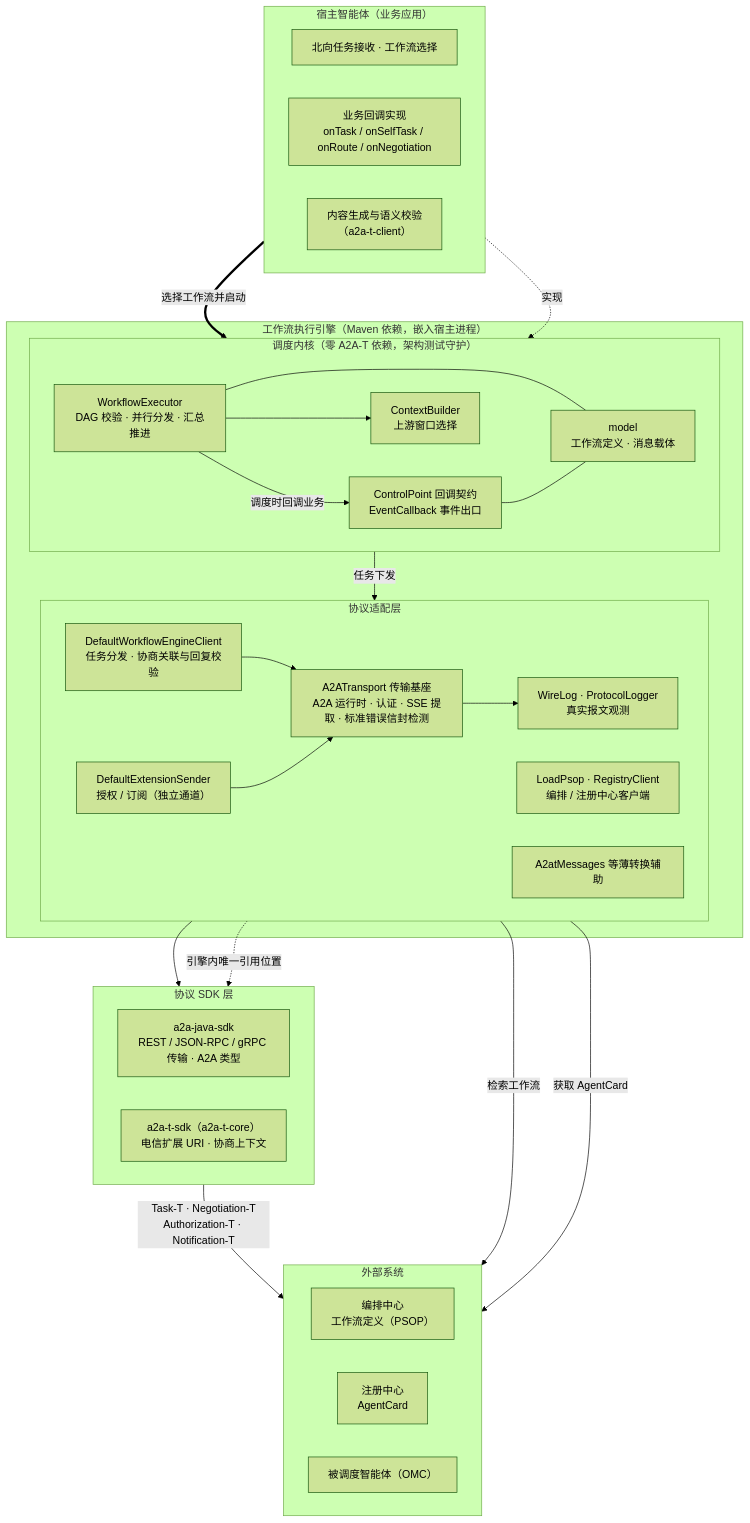
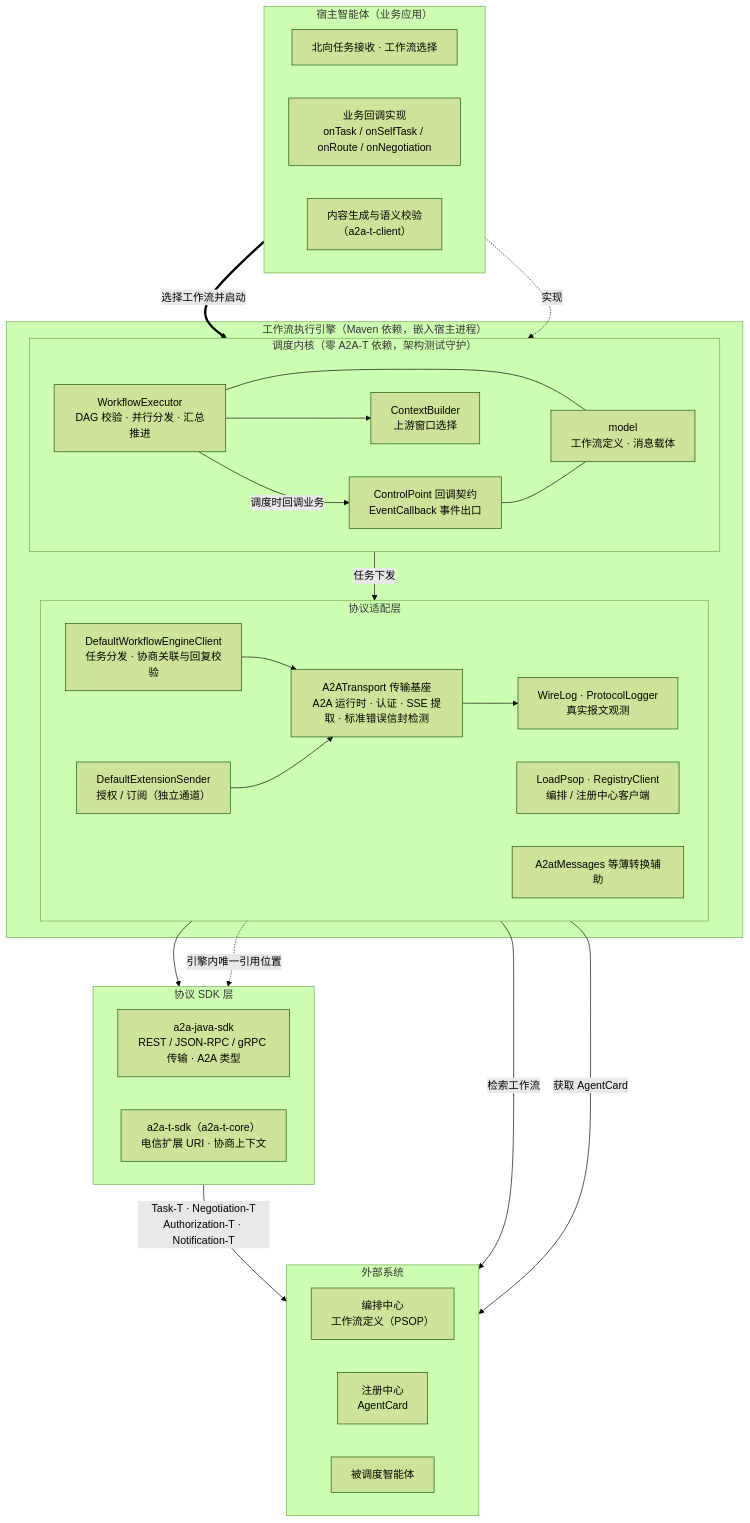
The third of 5 diagrams in docs/zh/DESIGN.md (Zhoujie628/workflow-engine-sdk-java), drawn with Mermaid (forest theme) before and after one commit. The commit also changed other lines of this file and 8 other files, not shown here.

````diff
--- a/docs/zh/DESIGN.md
+++ b/docs/zh/DESIGN.md
@@ -120,57 +120,57 @@
 ```mermaid
 flowchart TB
     subgraph HOST["宿主智能体（业务应用）"]
         direction LR
         WB["北向任务接收 · 工作流选择"]
         BIZ["业务回调实现<br/>onTask / onSelfTask / onRoute / onNegotiation"]
         GEN["内容生成与语义校验<br/>（a2a-t-client）"]
     end
 
     subgraph ENGINE["工作流执行引擎（Maven 依赖，嵌入宿主进程）"]
         subgraph KERNEL["调度内核（零 A2A-T 依赖，架构测试守护）"]
             direction LR
             EXE["WorkflowExecutor<br/>DAG 校验 · 并行分发 · 汇总推进"]
             CTXB["ContextBuilder<br/>上游窗口选择"]
             CP["ControlPoint 回调契约<br/>EventCallback 事件出口"]
             MODEL["model<br/>工作流定义 · 消息载体"]
         end
         subgraph ADAPTER["协议适配层"]
             direction LR
             WEC["DefaultWorkflowEngineClient<br/>任务分发 · 协商关联与回复校验"]
             EXT["DefaultExtensionSender<br/>授权 / 订阅（独立通道）"]
             TRANS["A2ATransport 传输基座<br/>A2A 运行时 · 认证 · SSE 提取 · 标准错误信封检测"]
             OBSV["WireLog · ProtocolLogger<br/>真实报文观测"]
             REGC["LoadPsop · RegistryClient<br/>编排 / 注册中心客户端"]
             MSG["A2atMessages 等薄转换辅助"]
         end
     end
 
     subgraph SDK["协议 SDK 层"]
         direction LR
         A2AJ["a2a-java-sdk<br/>REST / JSON-RPC / gRPC 传输 · A2A 类型"]
         A2ATC["a2a-t-sdk（a2a-t-core）<br/>电信扩展 URI · 协商上下文"]
     end
 
     subgraph SYS["外部系统"]
         direction LR
         ORCH["编排中心<br/>工作流定义（PSOP）"]
         REGT["注册中心<br/>AgentCard"]
-        OMC["被调度智能体（OMC）"]
+        DISPATCHED["被调度智能体"]
     end
 
     WB ==>|"选择工作流并启动"| EXE
     BIZ -.->|"实现"| CP
     EXE -->|"调度时回调业务"| CP
     EXE --- MODEL
     CP --- MODEL
     EXE --> CTXB
     EXE -->|"任务下发"| WEC
     WEC --> TRANS
     EXT --> TRANS
     TRANS --> OBSV
     TRANS --> A2AJ
     MSG -.->|"引擎内唯一引用位置"| A2ATC
-    A2AJ -->|"Task-T · Negotiation-T<br/>Authorization-T · Notification-T"| OMC
+    A2AJ -->|"Task-T · Negotiation-T<br/>Authorization-T · Notification-T"| DISPATCHED
     REGC -->|"检索工作流"| ORCH
     REGC -->|"获取 AgentCard"| REGT
 ```
````
